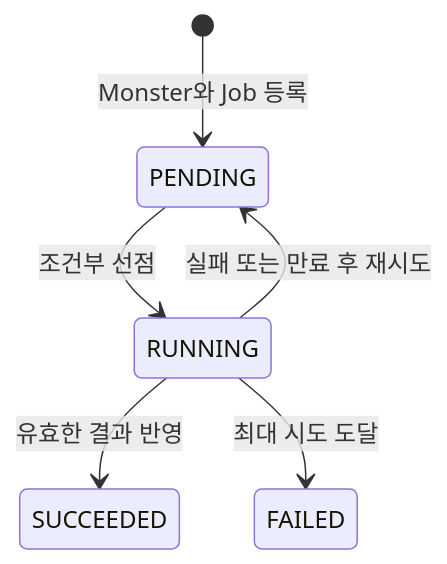
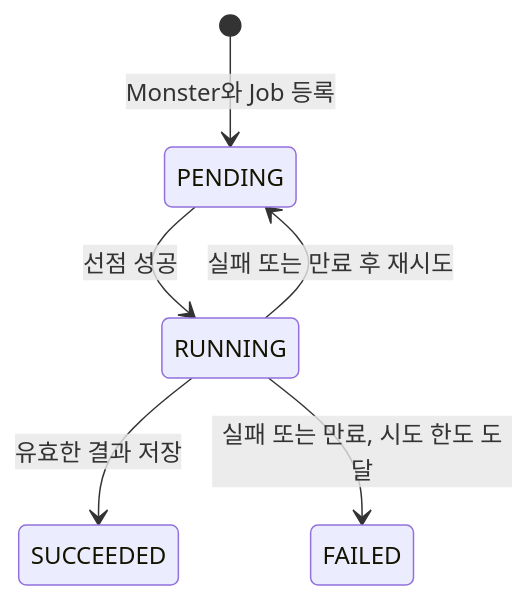
The second of 3 diagrams in technical-writing/blog-draft/03-implementation.md (kangrae-jo/woowa-archive), drawn with Mermaid before and after one commit. The commit also changed other lines of this file and 19 other files, not shown here.

````diff
--- a/technical-writing/blog-draft/03-implementation.md
+++ b/technical-writing/blog-draft/03-implementation.md
@@ -35,8 +45,8 @@
 ```mermaid
 stateDiagram-v2
     [*] --> PENDING: Monster와 Job 등록
-    PENDING --> RUNNING: 조건부 선점
-    RUNNING --> SUCCEEDED: 유효한 결과 반영
+    PENDING --> RUNNING: 선점 성공
+    RUNNING --> SUCCEEDED: 유효한 결과 저장
     RUNNING --> PENDING: 실패 또는 만료 후 재시도
-    RUNNING --> FAILED: 최대 시도 도달
+    RUNNING --> FAILED: 실패 또는 만료, 시도 한도 도달
 ```
````
